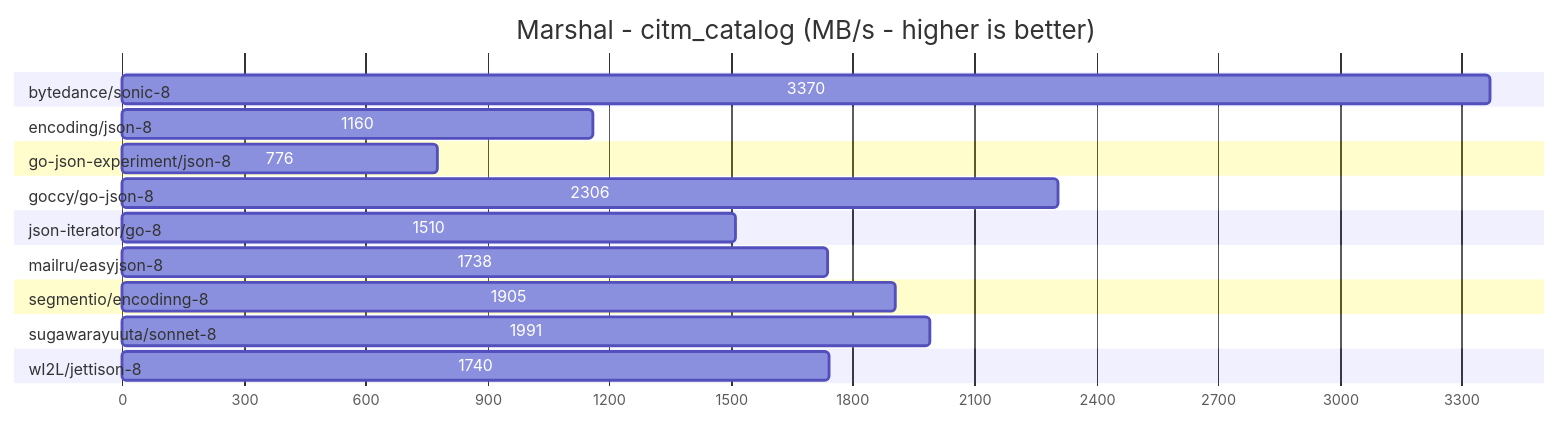
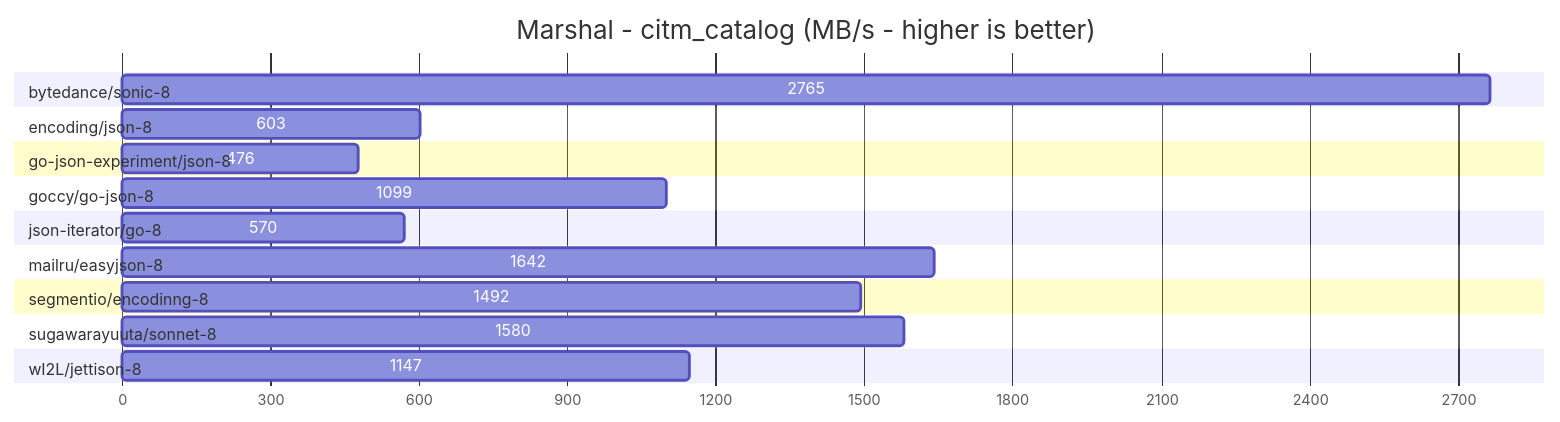
One commit to spywiree-priv/go-json-benchmark changed the second of 12 diagrams in README.md. Above: the diagram before and after it, drawn with Mermaid. The commit also changed other lines of this file and 2 other files, not shown here.

````diff
--- a/README.md
+++ b/README.md
@@ -27,25 +27,25 @@
 ```mermaid
 gantt
 title Marshal - citm_catalog (MB/s - higher is better)
 dateFormat X
 axisFormat %s
 
 section bytedance/sonic-8                    
-3370 :0, 3370
+2765 :0, 2765
 section encoding/json-8                      
-1160 :0, 1160
+603 :0, 603
 section go-json-experiment/json-8            
-776 :0, 776
+476 :0, 476
 section goccy/go-json-8                      
-2306 :0, 2306
+1099 :0, 1099
 section json-iterator/go-8                   
-1510 :0, 1510
+570 :0, 570
 section mailru/easyjson-8                    
-1738 :0, 1738
+1642 :0, 1642
 section segmentio/encodinng-8                
-1905 :0, 1905
+1492 :0, 1492
 section sugawarayuuta/sonnet-8               
-1991 :0, 1991
+1580 :0, 1580
 section wI2L/jettison-8                      
-1740 :0, 1740
+1147 :0, 1147
 ```
````
